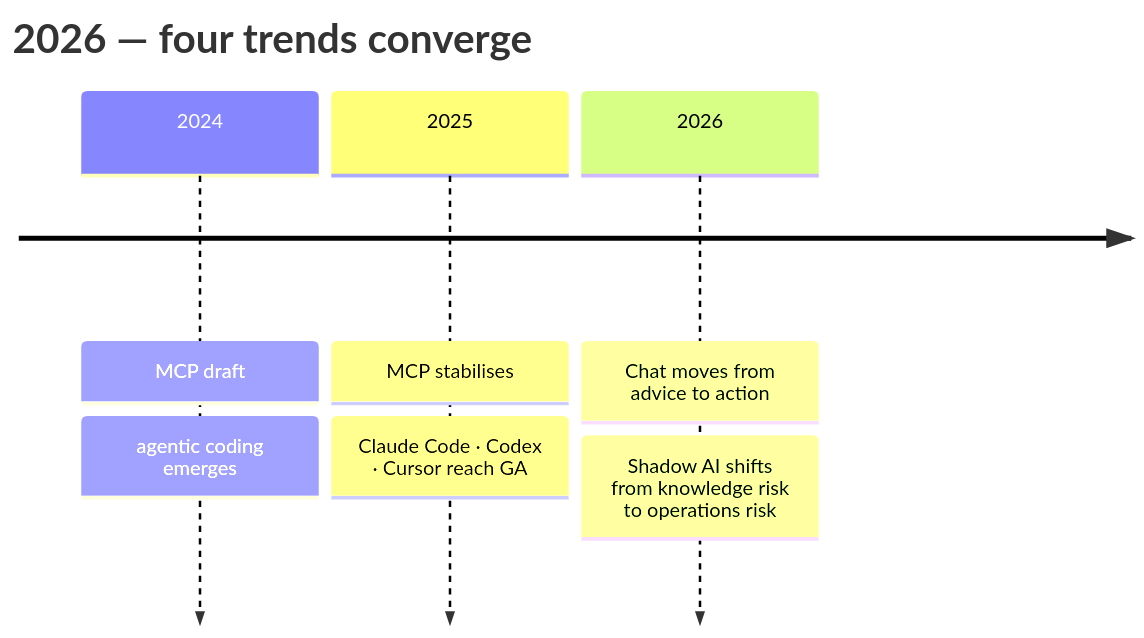
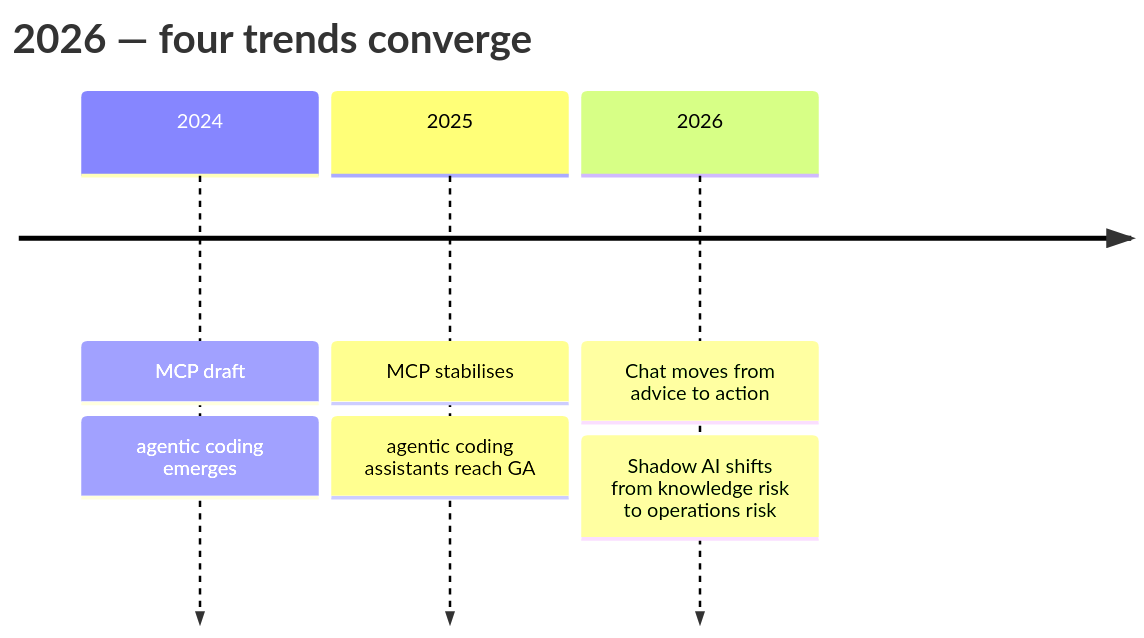
The second of 4 diagrams in docs/thesis.md (MikeBild/subkit), drawn with Mermaid before and after one commit. The commit also changed other lines of this file and 412 other files, not shown here.

````diff
--- a/docs/thesis.md
+++ b/docs/thesis.md
@@ -95,7 +95,7 @@
 ```mermaid
 timeline
     title 2026 — four trends converge
     2024 : MCP draft : agentic coding emerges
-    2025 : MCP stabilises : Claude Code · Codex · Cursor reach GA
+    2025 : MCP stabilises : agentic coding assistants reach GA
     2026 : Chat moves from advice to action : Shadow AI shifts from knowledge risk to operations risk
 ```
````
